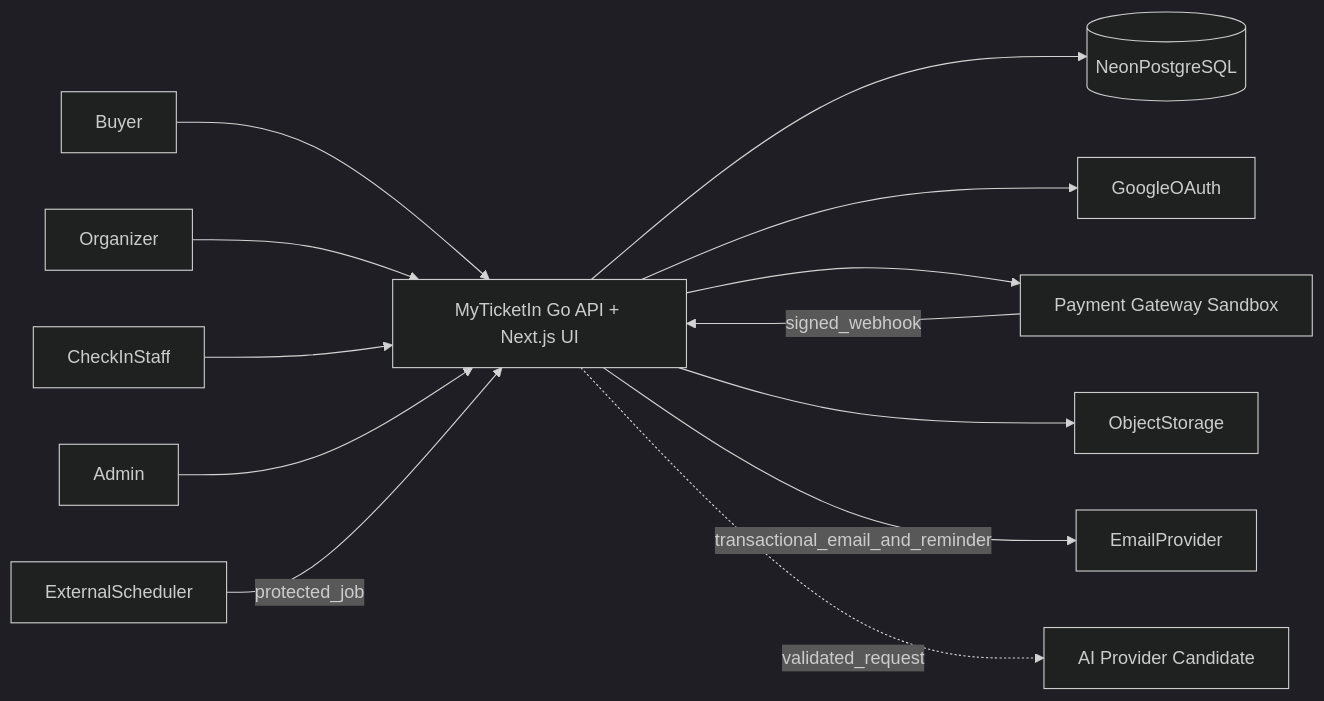
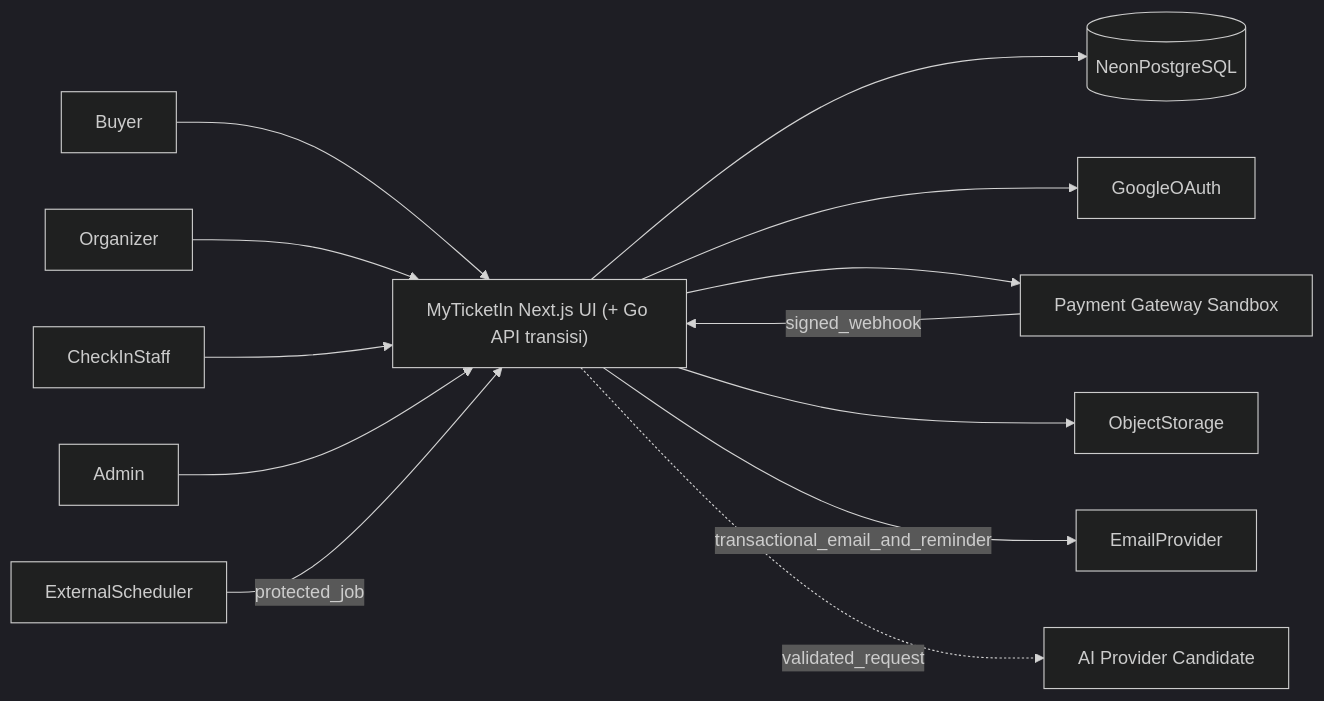
One commit to Fajrunshubhi/MyTicketIn changed the first of 5 diagrams in architecture-essentials.md. Above: the diagram before and after it, drawn with Mermaid (dark theme). The commit also changed other lines of this file and 179 other files, not shown here.

````diff
--- a/architecture-essentials.md
+++ b/architecture-essentials.md
@@ -56,28 +56,28 @@
 ```mermaid
 flowchart LR
   Buyer[Buyer]
   Organizer[Organizer]
   Staff[CheckInStaff]
   Admin[Admin]
-  App["MyTicketIn Go API + Next.js UI"]
+  App["MyTicketIn Next.js UI (+ Go API transisi)"]
   Database[(NeonPostgreSQL)]
   Google[GoogleOAuth]
   Gateway["Payment Gateway Sandbox"]
   Storage[ObjectStorage]
   Scheduler[ExternalScheduler]
   Email[EmailProvider]
   AI["AI Provider Candidate"]
 
   Buyer --> App
   Organizer --> App
   Staff --> App
   Admin --> App
   App --> Database
   App --> Google
   App --> Gateway
   Gateway -->|signed_webhook| App
   App --> Storage
   Scheduler -->|protected_job| App
   App -->|transactional_email_and_reminder| Email
   App -.->|validated_request| AI
 ```
````
